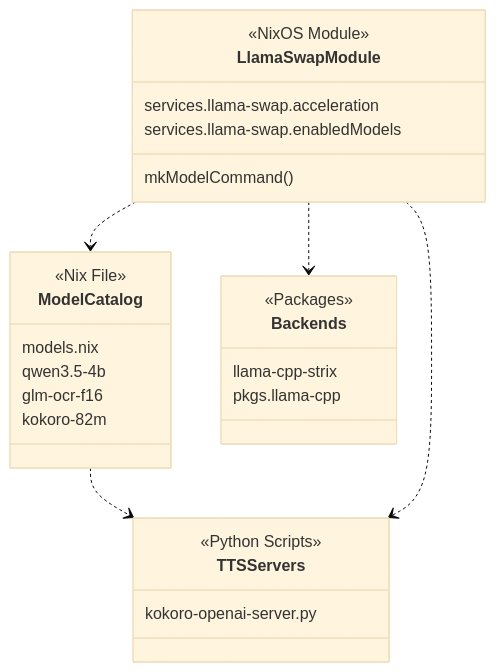
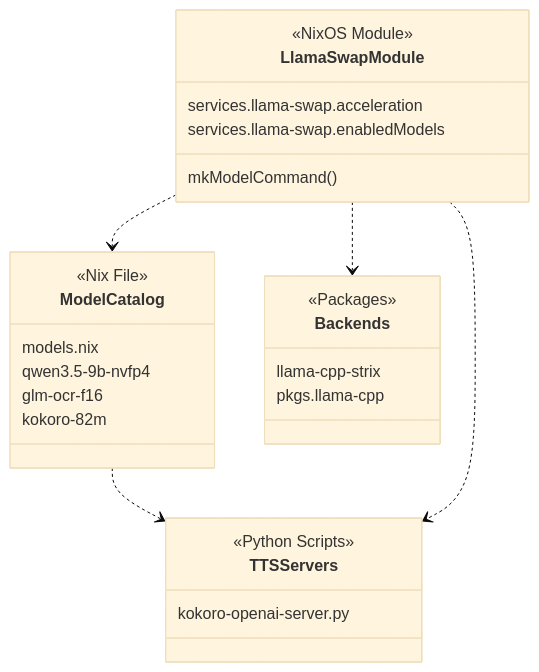
Before and after one commit to Cody-W-Tucker/nix-config: the diagram in docs/llama-swap-LLM-Orchestration-Service.md, drawn with Mermaid (base theme). The commit also changed other lines of this file and 5 other files, not shown here.

````diff
--- a/docs/llama-swap-LLM-Orchestration-Service.md
+++ b/docs/llama-swap-LLM-Orchestration-Service.md
@@ -73,29 +73,29 @@
 ```mermaid
 classDiagram
     class LlamaSwapModule {
         <<NixOS Module>>
         services.llama-swap.acceleration
         services.llama-swap.enabledModels
         mkModelCommand()
     }
     class ModelCatalog {
         <<Nix File>>
         models.nix
-        qwen3.5-4b
+        qwen3.5-9b-nvfp4
         glm-ocr-f16
         kokoro-82m
     }
     class TTSServers {
         <<Python Scripts>>
         kokoro-openai-server.py
     }
     class Backends {
         <<Packages>>
         llama-cpp-strix
         pkgs.llama-cpp
     }
     LlamaSwapModule ..> ModelCatalog
     LlamaSwapModule ..> Backends
     ModelCatalog ..> TTSServers
     LlamaSwapModule ..> TTSServers
 ```
````
